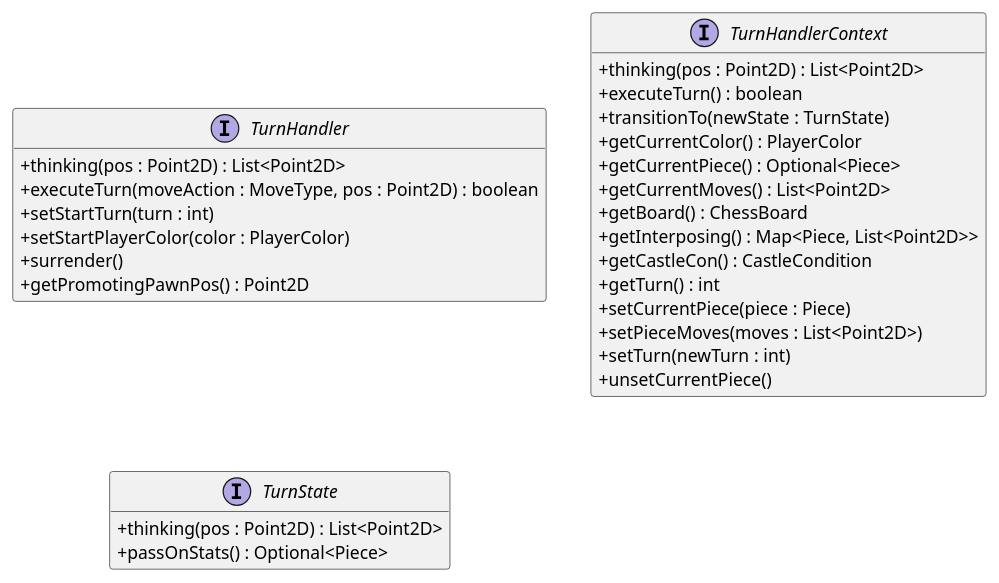
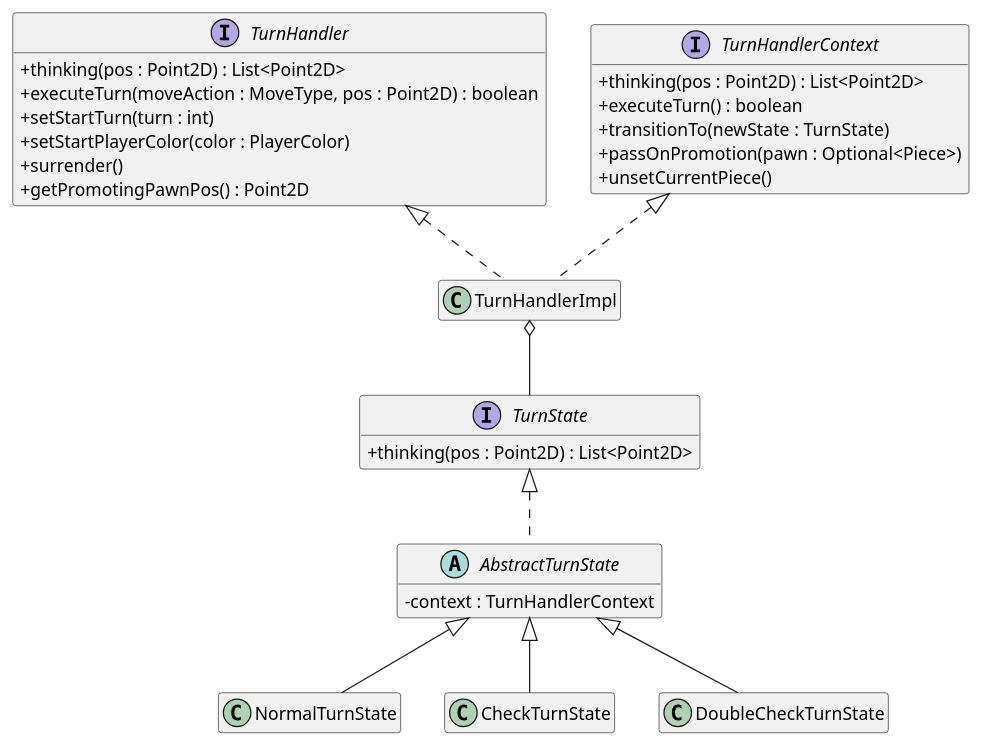
One commit to Turbo-Chess/Turbo-Chess changed the diagram in docs/TurnHandler.puml. Above: the diagram before and after it, drawn with PlantUML.

Commit message:
Updated TurnHandler puml

```diff
--- a/docs/TurnHandler.puml
+++ b/docs/TurnHandler.puml
@@ -1,37 +1,44 @@
 @startuml TurnHandler
 
 skinparam classAttributeIconSize 0
 hide empty fields
 hide empty method
 
 interface TurnHandler {
     +thinking(pos : Point2D) : List<Point2D>
     +executeTurn(moveAction : MoveType, pos : Point2D) : boolean
     +setStartTurn(turn : int)
     +setStartPlayerColor(color : PlayerColor)
     +surrender()
     +getPromotingPawnPos() : Point2D
 }
 
 interface TurnHandlerContext {
     +thinking(pos : Point2D) : List<Point2D>
     +executeTurn() : boolean
     +transitionTo(newState : TurnState)
-    +getCurrentColor() : PlayerColor
-    +getCurrentPiece() : Optional<Piece>
-    +getCurrentMoves() : List<Point2D>
-    +getBoard() : ChessBoard
-    +getInterposing() : Map<Piece, List<Point2D>>
-    +getCastleCon() : CastleCondition
-    +getTurn() : int
-    +setCurrentPiece(piece : Piece)
-    +setPieceMoves(moves : List<Point2D>)
-    +setTurn(newTurn : int)
+    +passOnPromotion(pawn : Optional<Piece>)
     +unsetCurrentPiece()
 }
 
 interface TurnState {
     +thinking(pos : Point2D) : List<Point2D>
-    +passOnStats() : Optional<Piece>
 }
+
+class TurnHandlerImpl
+TurnHandler <|.. TurnHandlerImpl
+TurnHandlerContext <|.. TurnHandlerImpl
+TurnHandlerImpl o-- TurnState
+
+abstract class AbstractTurnState {
+    -context : TurnHandlerContext
+}
+TurnState <|.. AbstractTurnState
+
+class NormalTurnState
+class CheckTurnState
+class DoubleCheckTurnState
+AbstractTurnState <|-- NormalTurnState
+AbstractTurnState <|-- CheckTurnState
+AbstractTurnState <|-- DoubleCheckTurnState
 @enduml
```
